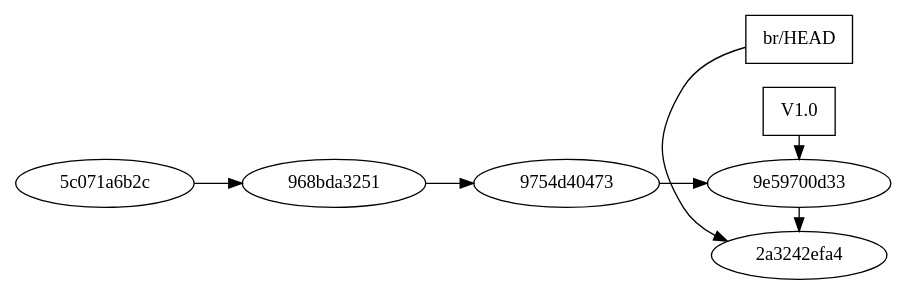
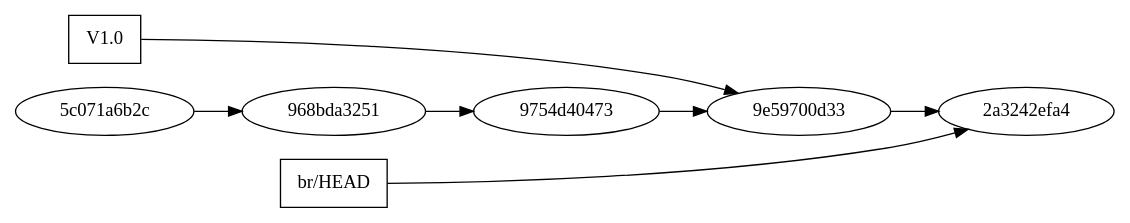
One commit to blackheaven/git-intro-if changed the diagram in diappositives/references/tag.dot. Above: the diagram before and after it, drawn with Graphviz. The commit also changed 23 other files, not shown here.

Commit message:
Renommage et réarrangement des graphes.

```diff
--- a/diappositives/references/tag.dot
+++ b/diappositives/references/tag.dot
@@ -1,15 +1,15 @@
-
-digraph G
+digraph "Tags"
 {
     rankdir=LR;
-    "5c071a6b2c" -> "968bda3251" -> "9754d40473" -> "9e59700d33" -> "2a3242efa4";
-    subgraph c1
+    subgraph commits
     {
-        rankdir=LR;
-        rank="same";
+        "5c071a6b2c" -> "968bda3251" -> "9754d40473" -> "9e59700d33" -> "2a3242efa4";
+    }
+    subgraph annotations
+    {
         "V1.0" [shape=box];
-        "V1.0" -> "9e59700d33";
         "br/HEAD" [shape=box];
-        "br/HEAD" -> "2a3242efa4";
+        "V1.0" -> "9e59700d33" [weight=0];
+        "br/HEAD" -> "2a3242efa4" [weight=0];
     }
 }
```
